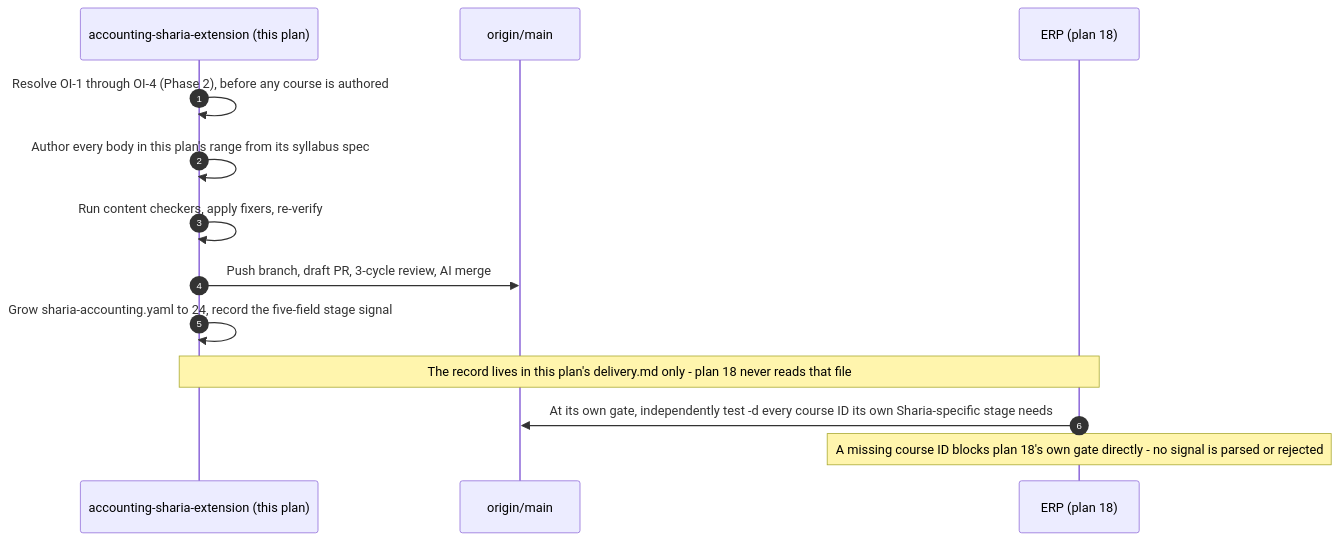
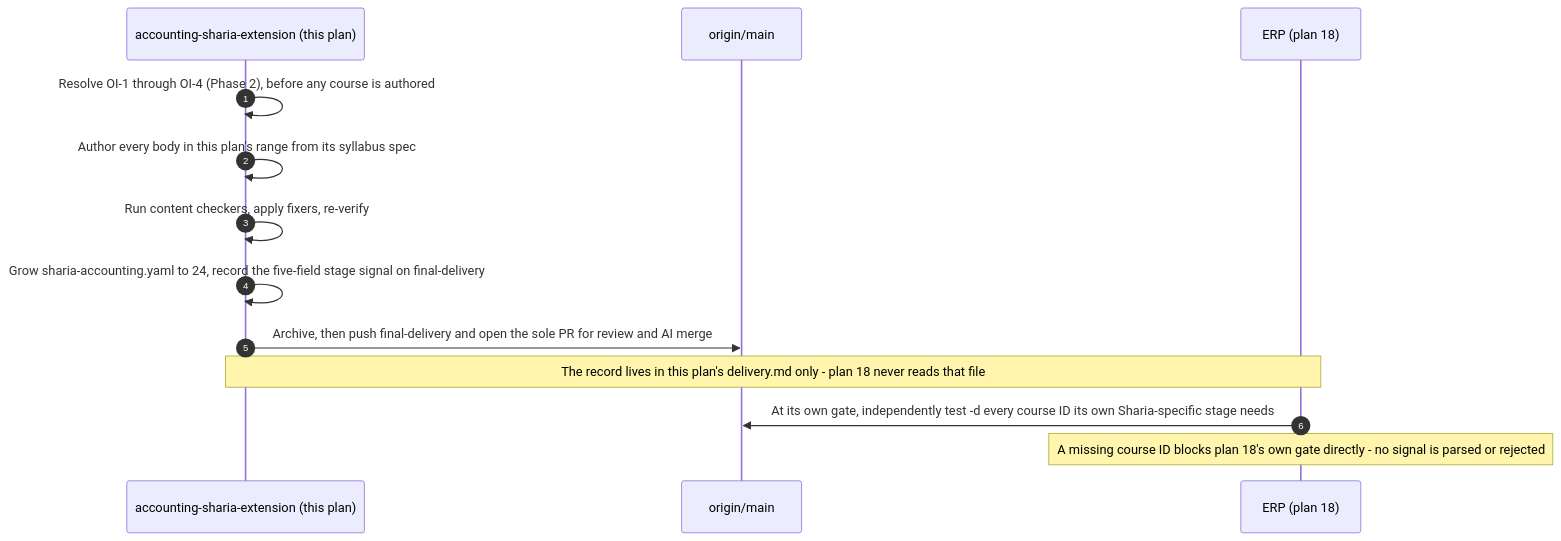
One commit to wahidyankf/open-sharia-fintech changed the second of 2 diagrams in plans/backlog/ayokoding-learning-path-16-skills-accounting-sharia-extension/tech-docs.md. Above: the diagram before and after it, drawn with Mermaid. The commit also changed other lines of this file and 49 other files, not shown here.

````diff
--- a/plans/backlog/ayokoding-learning-path-16-skills-accounting-sharia-extension/tech-docs.md
+++ b/plans/backlog/ayokoding-learning-path-16-skills-accounting-sharia-extension/tech-docs.md
@@ -381,17 +381,17 @@
 ```mermaid
 %% Order of operations for this plan's stage signal.
 sequenceDiagram
     autonumber
     participant P16 as accounting-sharia-extension (this plan)
     participant Main as origin/main
     participant P18 as ERP (plan 18)
 
     P16->>P16: Resolve OI-1 through OI-4 (Phase 2), before any course is authored
     P16->>P16: Author every body in this plan's range from its syllabus spec
     P16->>P16: Run content checkers, apply fixers, re-verify
-    P16->>Main: Push branch, draft PR, 3-cycle review, AI merge
-    P16->>P16: Grow sharia-accounting.yaml to 24, record the five-field stage signal
+    P16->>P16: Grow sharia-accounting.yaml to 24, record the five-field stage signal on final-delivery
+    P16->>Main: Archive, then push final-delivery and open the sole PR for review and AI merge
     Note over P16,P18: The record lives in this plan's delivery.md only - plan 18 never reads that file
     P18->>Main: At its own gate, independently test -d every course ID its own Sharia-specific stage needs
     Note over P18: A missing course ID blocks plan 18's own gate directly - no signal is parsed or rejected
 ```
````
